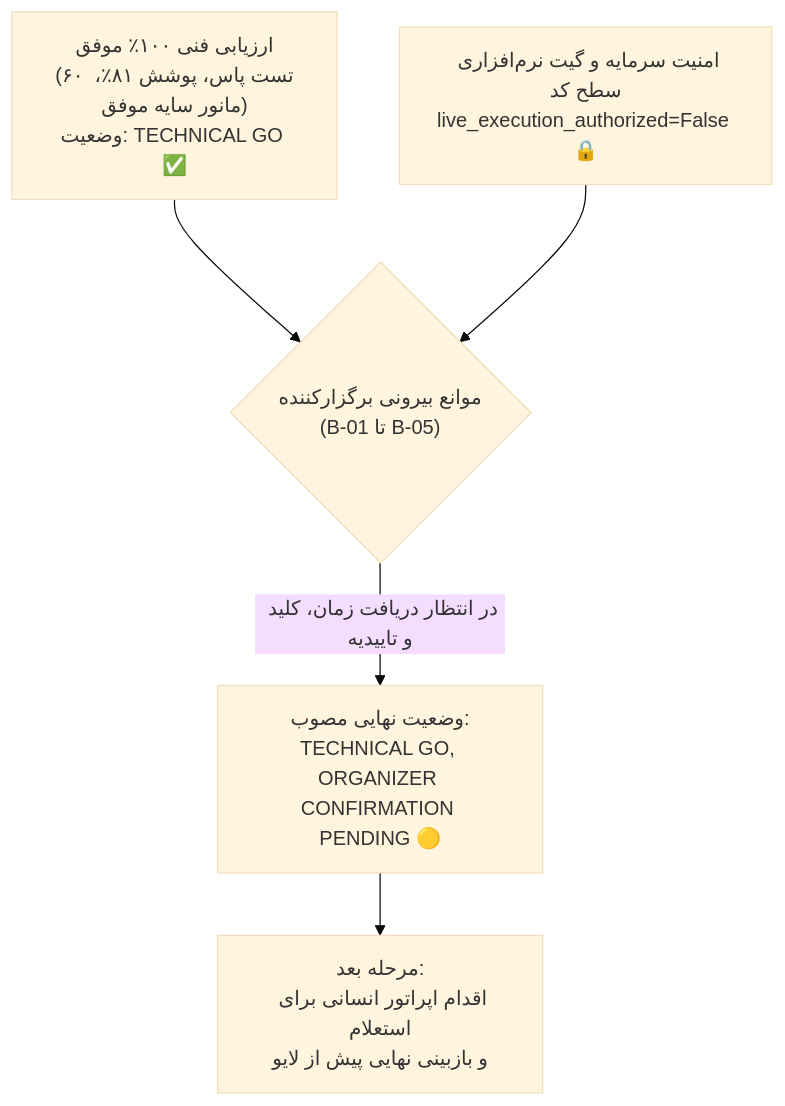
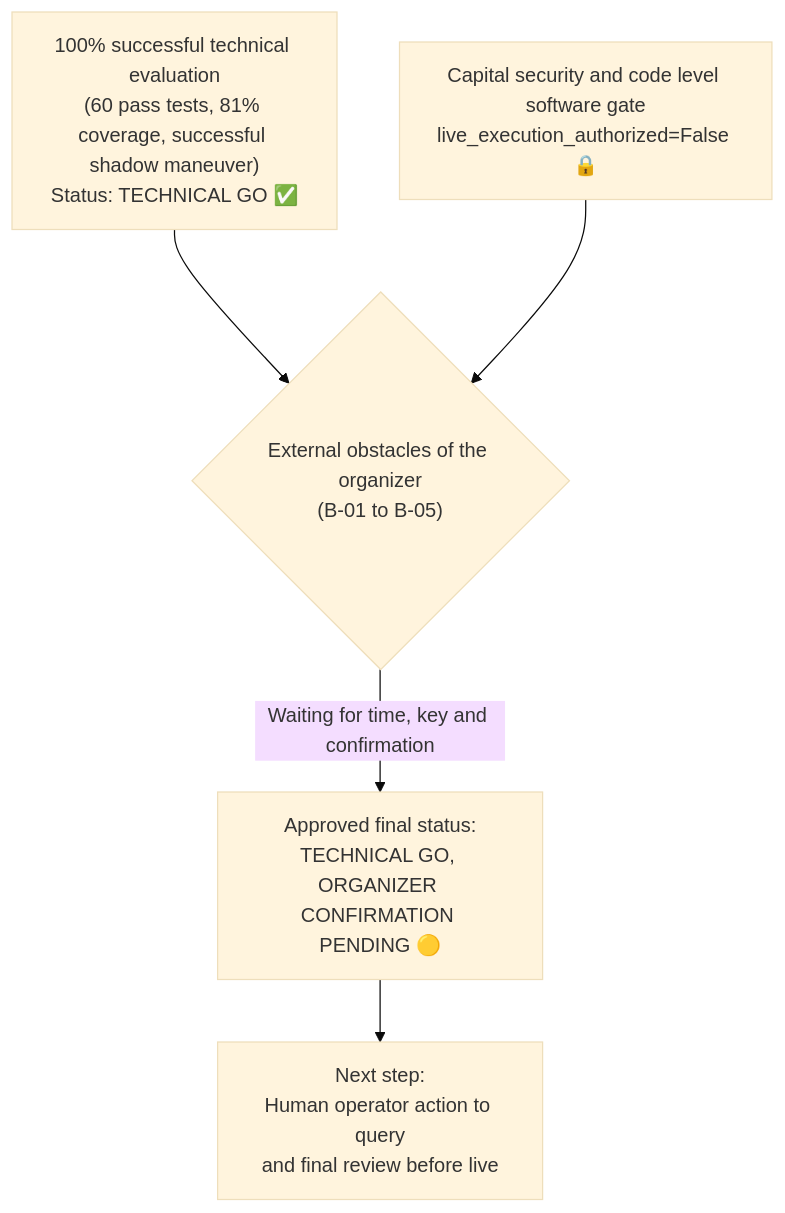
Before and after one commit to AliFazelniya/wallextrade: the first of 2 diagrams in docs/PHASE17_FINAL_READINESS.md, drawn with Mermaid (base theme). The commit also changed other lines of this file and 81 other files, not shown here.

````diff
--- a/docs/PHASE17_FINAL_READINESS.md
+++ b/docs/PHASE17_FINAL_READINESS.md
@@ -16,7 +16,7 @@
 ```mermaid
 flowchart TD
-    A["ارزیابی فنی ۱۰۰٪ موفق\n(۶۰ تست پاس، پوشش ۸۱٪، مانور سایه موفق)\nوضعیت: TECHNICAL GO ✅"] --> C{"موانع بیرونی برگزارکننده\n(B-01 تا B-05)"}
-    B["امنیت سرمایه و گیت نرم‌افزاری سطح کد\nlive_execution_authorized=False 🔒"] --> C
-    C -- "در انتظار دریافت زمان، کلید و تاییدیه" --> D["وضعیت نهایی مصوب:\nTECHNICAL GO, ORGANIZER CONFIRMATION PENDING 🟡"]
-    D --> E["مرحله بعد:\nاقدام اپراتور انسانی برای استعلام\nو بازبینی نهایی پیش از لایو"]
+    A["100% successful technical evaluation\n(60 pass tests, 81% coverage, successful shadow maneuver)\nStatus: TECHNICAL GO ✅"] --> C{"External obstacles of the organizer\n(B-01 to B-05)"}
+    B["Capital security and code level software gate\nlive_execution_authorized=False 🔒"] --> C
+    C -- "Waiting for time, key and confirmation" --> D["Approved final status:\nTECHNICAL GO, ORGANIZER CONFIRMATION PENDING 🟡"]
+    D --> E["Next step:\nHuman operator action to query\nand final review before live"]
 ```
````
